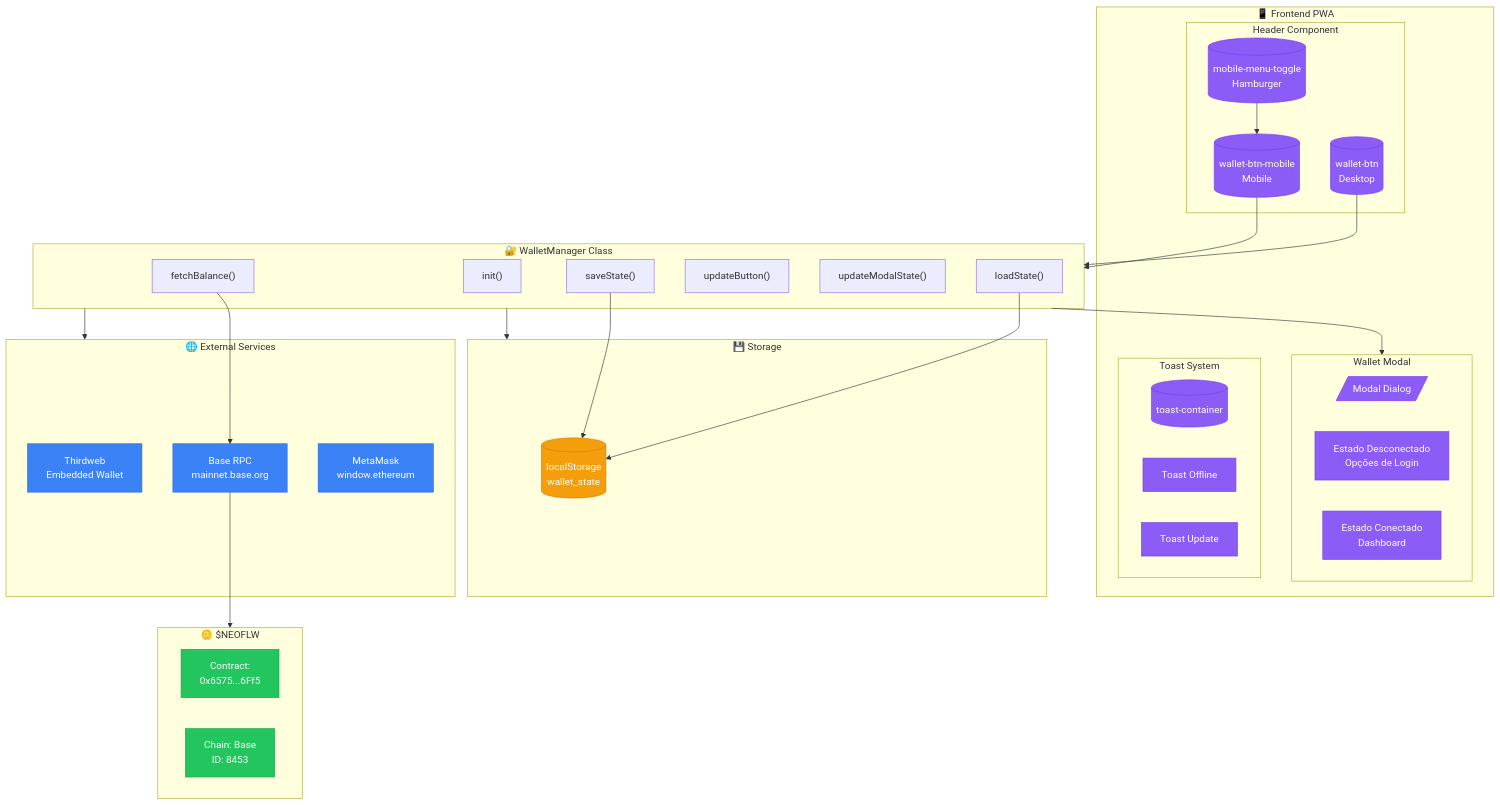
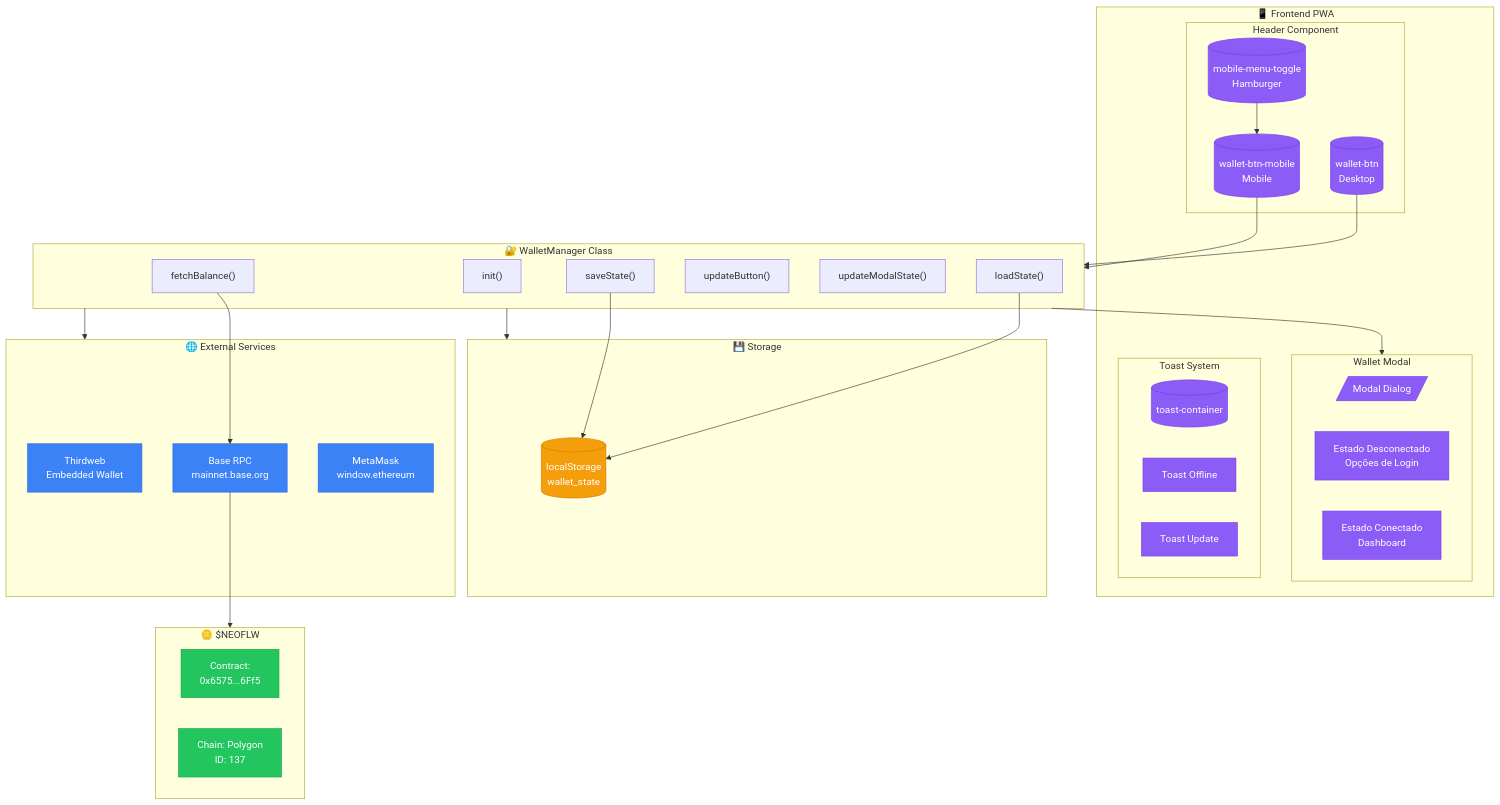
The fourth of 4 diagrams in WALLET-AUTH-FLOW.md (neomello/neo-flowoff-pwa), drawn with Mermaid before and after one commit. The commit also changed other lines of this file and 33 other files, not shown here.

````diff
--- a/WALLET-AUTH-FLOW.md
+++ b/WALLET-AUTH-FLOW.md
@@ -325,71 +325,71 @@
 ```mermaid
 graph TB
     subgraph Frontend["📱 Frontend PWA"]
         subgraph Header["Header Component"]
             WB[("wallet-btn<br/>Desktop")]
             WBM[("wallet-btn-mobile<br/>Mobile")]
             HM[("mobile-menu-toggle<br/>Hamburger")]
         end
         
         subgraph Modal["Wallet Modal"]
             MD[/"Modal Dialog"/]
             DS["Estado Desconectado<br/>Opções de Login"]
             CS["Estado Conectado<br/>Dashboard"]
         end
         
         subgraph Toast["Toast System"]
             TC[("toast-container")]
             TO["Toast Offline"]
             TU["Toast Update"]
         end
     end
     
     subgraph WalletManager["🔐 WalletManager Class"]
         INIT["init()"]
         LOAD["loadState()"]
         SAVE["saveState()"]
         UPD["updateButton()"]
         UPM["updateModalState()"]
         FETCH["fetchBalance()"]
     end
     
     subgraph Storage["💾 Storage"]
         LS[("localStorage<br/>wallet_state")]
     end
     
     subgraph External["🌐 External Services"]
         TW["Thirdweb<br/>Embedded Wallet"]
         BASE["Base RPC<br/>mainnet.base.org"]
         META["MetaMask<br/>window.ethereum"]
     end
     
     subgraph Token["🪙 $NEOFLW"]
         ADDR["Contract:<br/>0x6575...6Ff5"]
-        CHAIN["Chain: Base<br/>ID: 8453"]
+        CHAIN["Chain: Polygon<br/>ID: 137"]
     end
     
     %% Connections
     WB --> WalletManager
     WBM --> WalletManager
     HM --> WBM
     
     WalletManager --> Modal
     WalletManager --> Storage
     WalletManager --> External
     
     FETCH --> BASE
     BASE --> Token
     
     LOAD --> LS
     SAVE --> LS
     
     classDef component fill:#8b5cf6,stroke:#7c3aed,color:#fff
     classDef storage fill:#f59e0b,stroke:#d97706,color:#fff
     classDef external fill:#3b82f6,stroke:#2563eb,color:#fff
     classDef token fill:#22c55e,stroke:#16a34a,color:#fff
     
     class WB,WBM,HM,MD,DS,CS,TC,TO,TU component
     class LS storage
     class TW,BASE,META external
     class ADDR,CHAIN token
 ```
````
